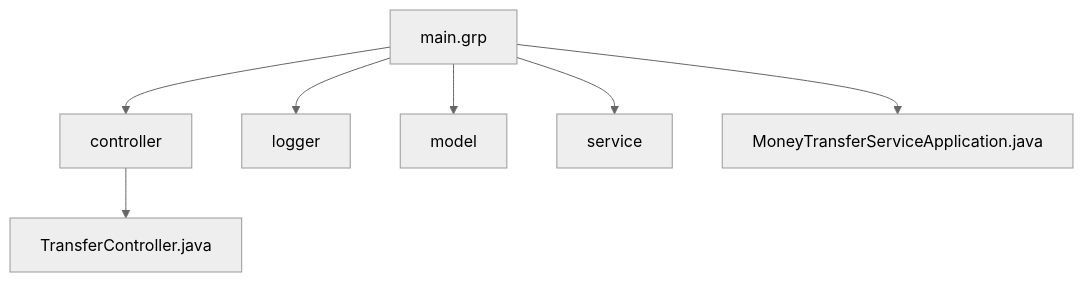
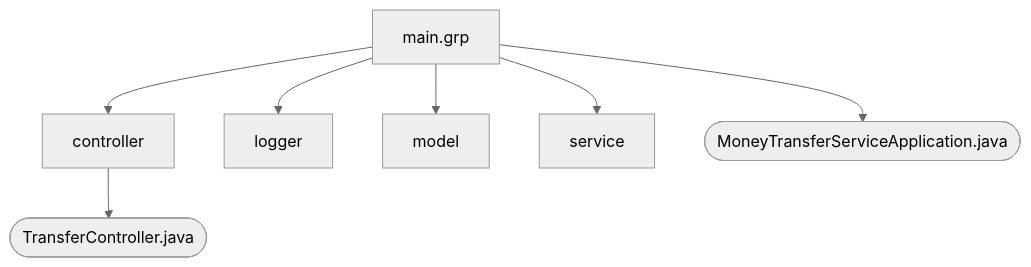
Before and after one commit to KomX512/MoneyTransfer_BCK_CW: the diagram in readme.md, drawn with Mermaid (neutral theme). The commit also changed 1 other file, not shown here.

Commit message:
Добавлена схема в комментарий проекта

````diff
--- a/readme.md
+++ b/readme.md
@@ -46,10 +46,11 @@
 ```mermaid
   graph TD;
-      main.grp-->controller;
-      main.grp-->logger;
-      main.grp-->model;
-      main.grp-->service;
-      main.grp-->MoneyTransferServiceApplication.java
-      controller-->TransferController.java
+    A["main.grp"] 
+    A-->B["controller"];
+    A-->C["logger"];
+    A-->D["model"];
+    A-->E["service"];
+    A-->F(["MoneyTransferServiceApplication.java"])
+    B-->J(["TransferController.java"])
       
 ```
````
